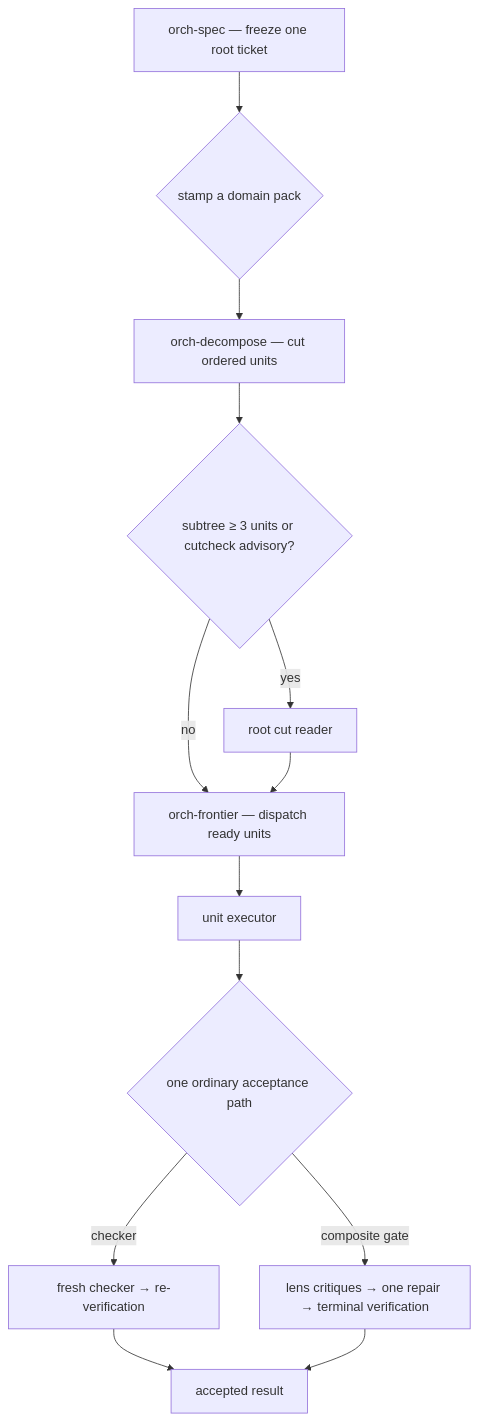
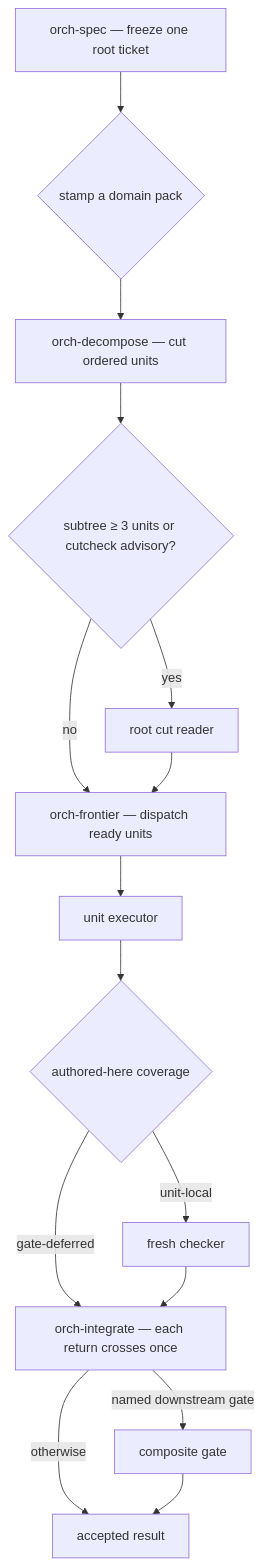
One commit to DanMcInerney/orchflows changed the diagram in README.md. Above: the diagram before and after it, drawn with Mermaid. The commit also changed other lines of this file and 1 other file, not shown here.

Commit message:
docs: close documentation review findings

````diff
--- a/README.md
+++ b/README.md
@@ -140,15 +142,17 @@
 ```mermaid
 flowchart TD
     spec["orch-spec — freeze one root ticket"] --> pack{"stamp a domain pack"}
     pack --> dec["orch-decompose — cut ordered units"]
     dec --> cut{"subtree ≥ 3 units or cutcheck advisory?"}
     cut -->|yes| reader["root cut reader"]
     cut -->|no| frontier["orch-frontier — dispatch ready units"]
     reader --> frontier
     frontier --> exec["unit executor"]
-    exec --> path{"one ordinary acceptance path"}
-    path -->|checker| checker["fresh checker → re-verification"]
-    path -->|composite gate| gate["lens critiques → one repair → terminal verification"]
-    checker --> accepted["accepted result"]
+    exec --> path{"authored-here coverage"}
+    path -->|unit-local| checker["fresh checker"]
+    path -->|gate-deferred| join["orch-integrate — each return crosses once"]
+    checker --> join
+    join -->|named downstream gate| gate["composite gate"]
+    join -->|otherwise| accepted["accepted result"]
     gate --> accepted
 ```
````
